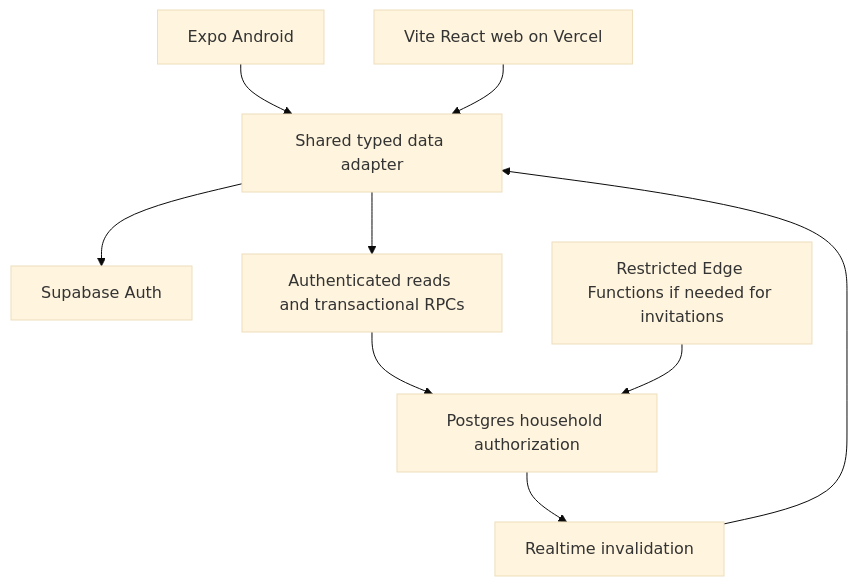
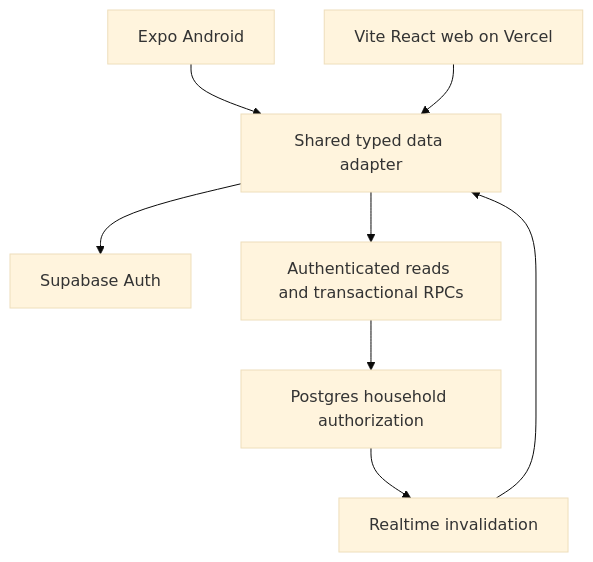
Before and after one commit to viktorkachovski-cell/Odin: the diagram in docs/architecture.md, drawn with Mermaid (base theme). The commit also changed other lines of this file and 79 other files, not shown here.

````diff
--- a/docs/architecture.md
+++ b/docs/architecture.md
@@ -21,11 +21,10 @@
 ```mermaid
 flowchart TD
   A[Expo Android] --> D[Shared typed data adapter]
   W[Vite React web on Vercel] --> D
   D --> AU[Supabase Auth]
   D --> R[Authenticated reads and transactional RPCs]
   R --> P[Postgres household authorization]
   P --> RT[Realtime invalidation]
   RT --> D
-  EF[Restricted Edge Functions if needed for invitations] --> P
 ```
````
